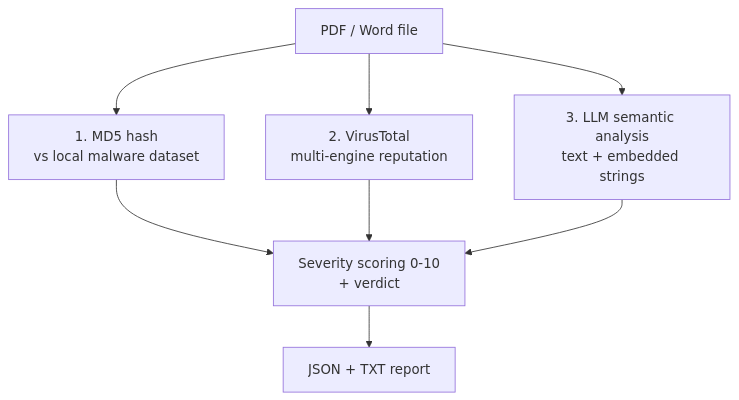
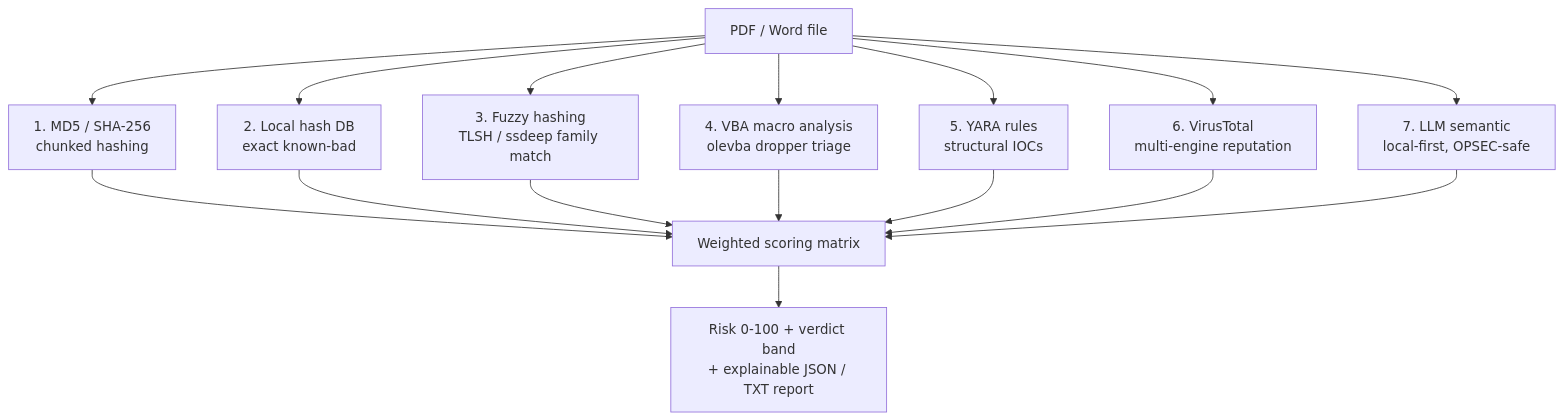
One commit to zzddf656666/hybrid-ransomware-detector changed the diagram in README.md. Above: the diagram before and after it, drawn with Mermaid. The commit also changed other lines of this file and 16 other files, not shown here.

Commit message:
feat: 7-layer detection engine + weighted scoring matrix (v3.0.0)

````diff
--- a/README.md
+++ b/README.md
@@ -38,10 +38,18 @@
 ```mermaid
 flowchart TD
-    A[PDF / Word file] --> B[1. MD5 hash<br/>vs local malware dataset]
-    A --> C[2. VirusTotal<br/>multi-engine reputation]
-    A --> D[3. LLM semantic analysis<br/>text + embedded strings]
-    B --> E[Severity scoring 0-10<br/>+ verdict]
-    C --> E
-    D --> E
-    E --> F[JSON + TXT report]
+    A[PDF / Word file] --> B[1. MD5 / SHA-256<br/>chunked hashing]
+    A --> C[2. Local hash DB<br/>exact known-bad]
+    A --> D[3. Fuzzy hashing<br/>TLSH / ssdeep family match]
+    A --> E[4. VBA macro analysis<br/>olevba dropper triage]
+    A --> F[5. YARA rules<br/>structural IOCs]
+    A --> G[6. VirusTotal<br/>multi-engine reputation]
+    A --> H[7. LLM semantic<br/>local-first, OPSEC-safe]
+    B --> M[Weighted scoring matrix]
+    C --> M
+    D --> M
+    E --> M
+    F --> M
+    G --> M
+    H --> M
+    M --> N[Risk 0-100 + verdict band<br/>+ explainable JSON / TXT report]
 ```
````
